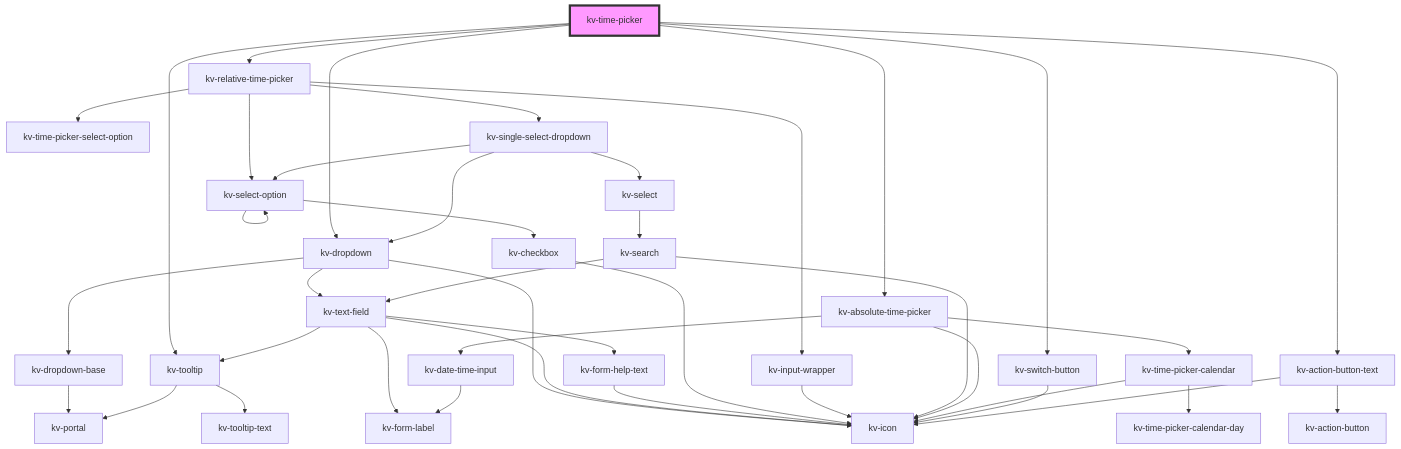
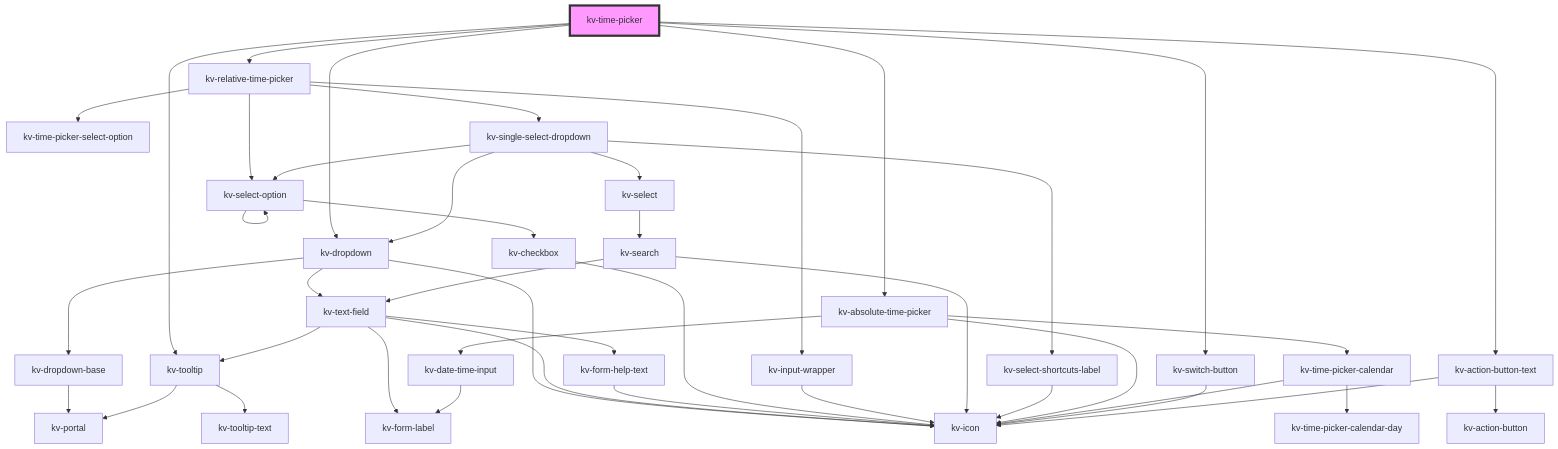
Before and after one commit to kelvininc/ui-components: the diagram in packages/ui-components/src/components/time-picker/readme.md, drawn with Mermaid. The commit also changed 37 other files, not shown here.

Commit message:
feat: add keyboard shortcuts to dropdown components

````diff
--- a/packages/ui-components/src/components/time-picker/readme.md
+++ b/packages/ui-components/src/components/time-picker/readme.md
@@ -75,44 +75,46 @@
 ```mermaid
 graph TD;
   kv-time-picker --> kv-dropdown
   kv-time-picker --> kv-relative-time-picker
   kv-time-picker --> kv-absolute-time-picker
   kv-time-picker --> kv-switch-button
   kv-time-picker --> kv-action-button-text
   kv-time-picker --> kv-tooltip
   kv-dropdown --> kv-dropdown-base
   kv-dropdown --> kv-text-field
   kv-dropdown --> kv-icon
   kv-dropdown-base --> kv-portal
   kv-text-field --> kv-tooltip
   kv-text-field --> kv-form-label
   kv-text-field --> kv-icon
   kv-text-field --> kv-form-help-text
   kv-tooltip --> kv-portal
   kv-tooltip --> kv-tooltip-text
   kv-form-help-text --> kv-icon
   kv-relative-time-picker --> kv-time-picker-select-option
   kv-relative-time-picker --> kv-select-option
   kv-relative-time-picker --> kv-input-wrapper
   kv-relative-time-picker --> kv-single-select-dropdown
   kv-select-option --> kv-checkbox
   kv-select-option --> kv-select-option
   kv-checkbox --> kv-icon
   kv-input-wrapper --> kv-icon
   kv-single-select-dropdown --> kv-select-option
   kv-single-select-dropdown --> kv-dropdown
   kv-single-select-dropdown --> kv-select
+  kv-single-select-dropdown --> kv-select-shortcuts-label
   kv-select --> kv-search
   kv-search --> kv-text-field
   kv-search --> kv-icon
+  kv-select-shortcuts-label --> kv-icon
   kv-absolute-time-picker --> kv-icon
   kv-absolute-time-picker --> kv-date-time-input
   kv-absolute-time-picker --> kv-time-picker-calendar
   kv-date-time-input --> kv-form-label
   kv-time-picker-calendar --> kv-icon
   kv-time-picker-calendar --> kv-time-picker-calendar-day
   kv-switch-button --> kv-icon
   kv-action-button-text --> kv-action-button
   kv-action-button-text --> kv-icon
   style kv-time-picker fill:#f9f,stroke:#333,stroke-width:4px
 ```
````
